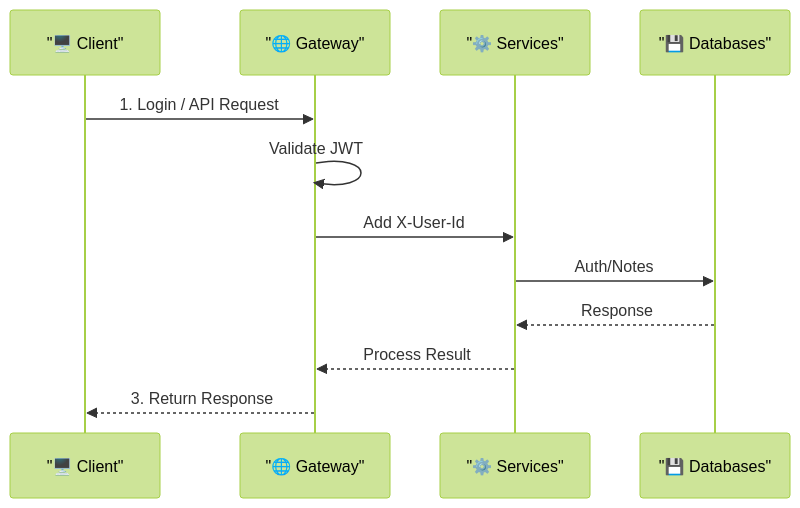
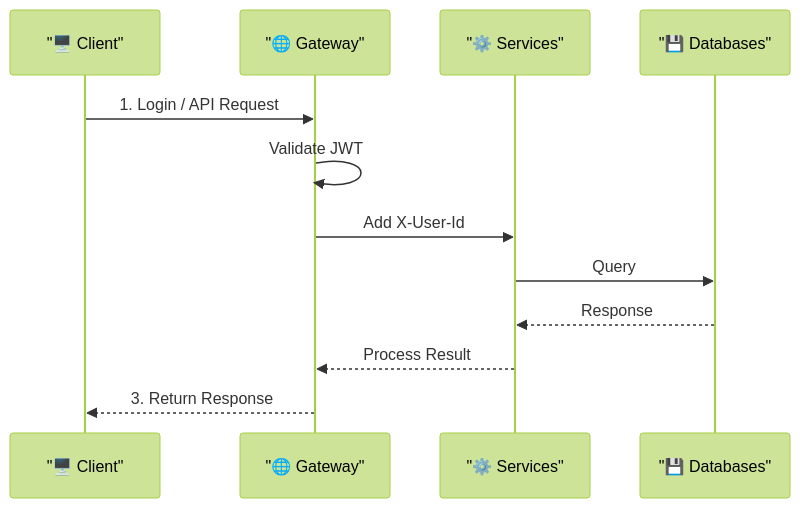
Before and after one commit to EternalEffy/wishly-platform: the second of 4 diagrams in README.md, drawn with Mermaid (forest theme). The commit also changed other lines of this file, not shown here.

````diff
--- a/README.md
+++ b/README.md
@@ -89,15 +93,15 @@
 ```mermaid
 sequenceDiagram
     participant Client as "🖥️ Client"
     participant Gateway as "🌐 Gateway"
     participant Services as "⚙️ Services"
     participant DB as "💾 Databases"
 
     Client->>Gateway: 1. Login / API Request
     Gateway->>Gateway: Validate JWT
     Gateway->>Services: Add X-User-Id
-    Services->>DB: Auth/Notes
+    Services->>DB: Query
     DB-->>Services: Response
     Services-->>Gateway: Process Result
     Gateway-->>Client: 3. Return Response
 ```
````
